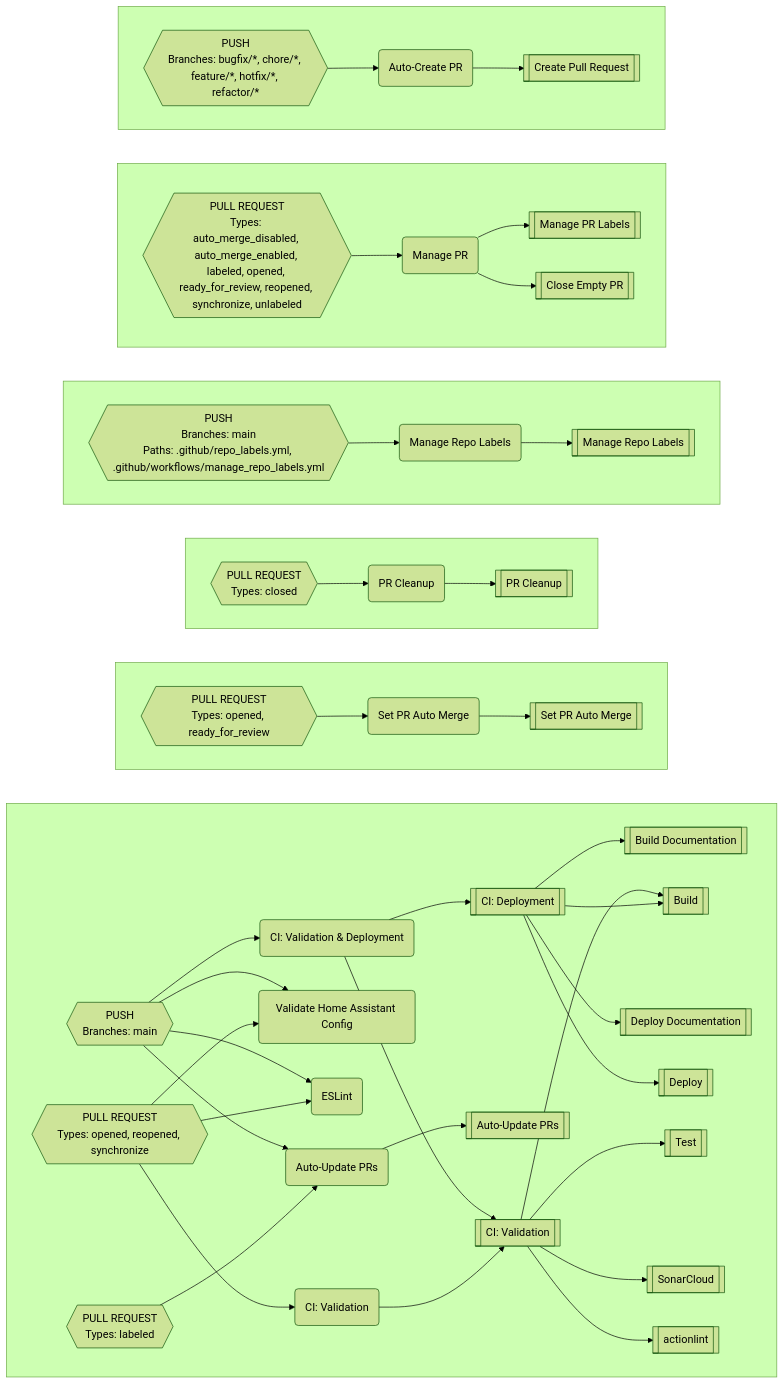
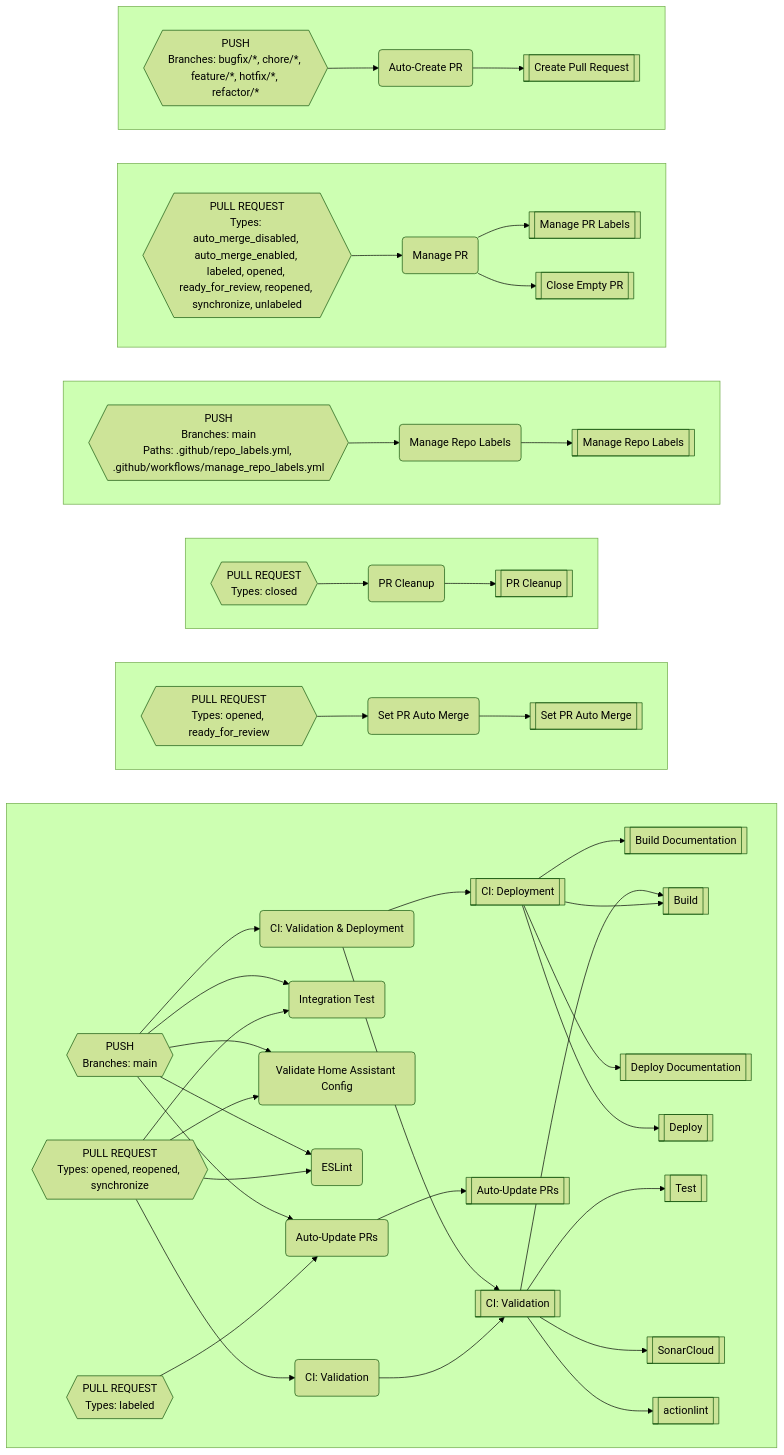
One commit to worgarside/github-config-files changed the diagram in README.md. Above: the diagram before and after it, drawn with Mermaid (forest theme). The commit also changed other lines of this file and 2 other files, not shown here.

Commit message:
Add integration test for HACV
worgarside/github-config-files#228

````diff
--- a/README.md
+++ b/README.md
@@ -359,19 +361,21 @@
 ```mermaid
 flowchart LR
-subgraph DG[" "]
+subgraph DL[" "]
 direction LR
-DC-->V
-DE-->DC
+DH-->V
+DJ-->DH
+DJ-->CY
+DJ-->CS
+DJ-->CO
+CE-->CD
+CD-->BB
+DE-->DD
+DE-->CY
 DE-->CS
 DE-->CO
-CE-->CD
-CD-->BB
-CZ-->CY
-CZ-->CS
-CZ-->CO
-CZ-->CD
-CY-->V
-CY-->M
+DE-->CD
+DD-->V
+DD-->M
 M-->I
 M-->E
 M-->AQ
@@ -381,28 +385,28 @@
 V-->BL
 V-->A
 end
-subgraph DH[" "]
+subgraph DM[" "]
 direction LR
 CL-->CK
 CK-->BI
 end
-subgraph DI[" "]
+subgraph DN[" "]
 direction LR
 CI-->CH
 CH-->BE
 end
-subgraph DJ[" "]
+subgraph DO[" "]
 direction LR
 CA-->BZ
 BZ-->AY
 end
-subgraph DK[" "]
+subgraph DP[" "]
 direction LR
 BV-->BU
 BU-->AU
 BU-->AC
 end
-subgraph DL[" "]
+subgraph DQ[" "]
 direction LR
 BS-->BR
 BR-->AG
@@ -446,12 +450,13 @@
 "}}
 CO("ESLint")
 CS("Validate Home Assistant Config")
-CY("CI: Validation & Deployment")
-CZ{{"PUSH
+CY("Integration Test")
+DD("CI: Validation & Deployment")
+DE{{"PUSH
 Branches: main
 "}}
-DC("CI: Validation")
-DE{{"PULL REQUEST
+DH("CI: Validation")
+DJ{{"PULL REQUEST
 Types: opened, reopened, synchronize
 "}}
 E[["Build"]]
````
